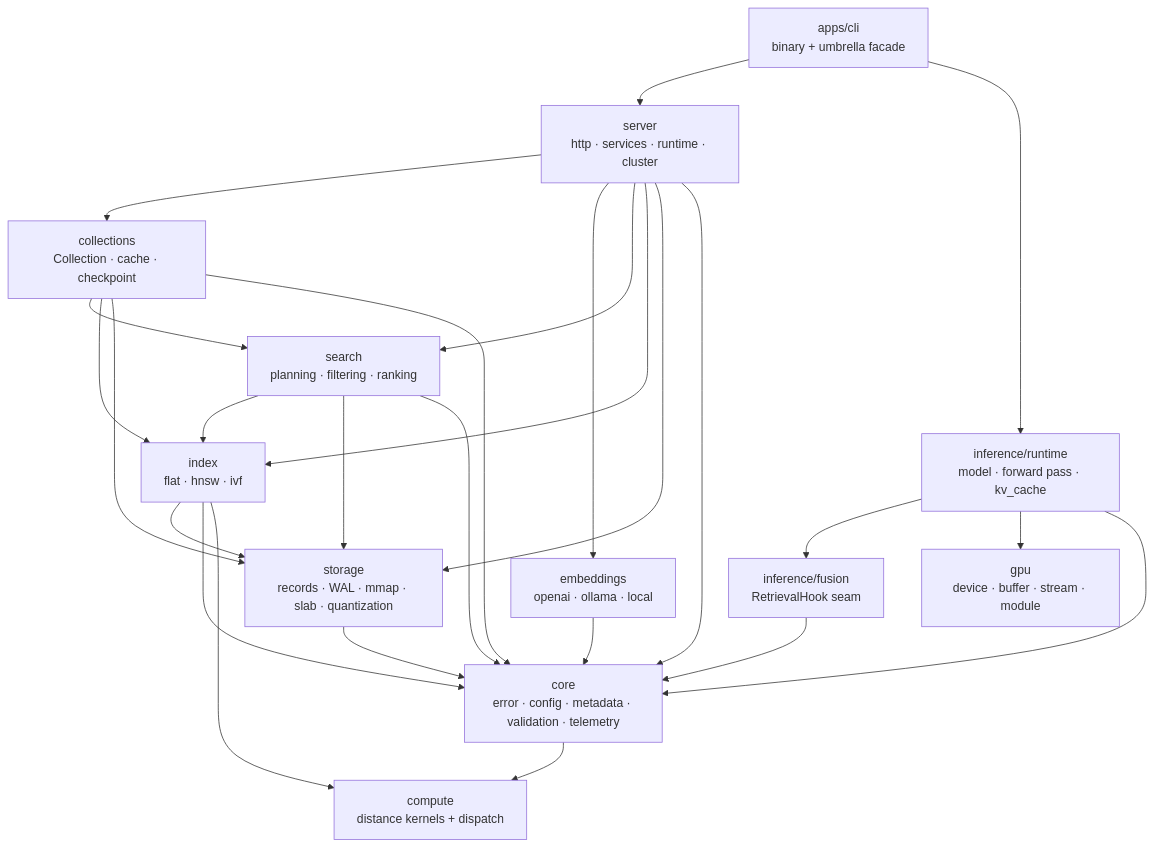
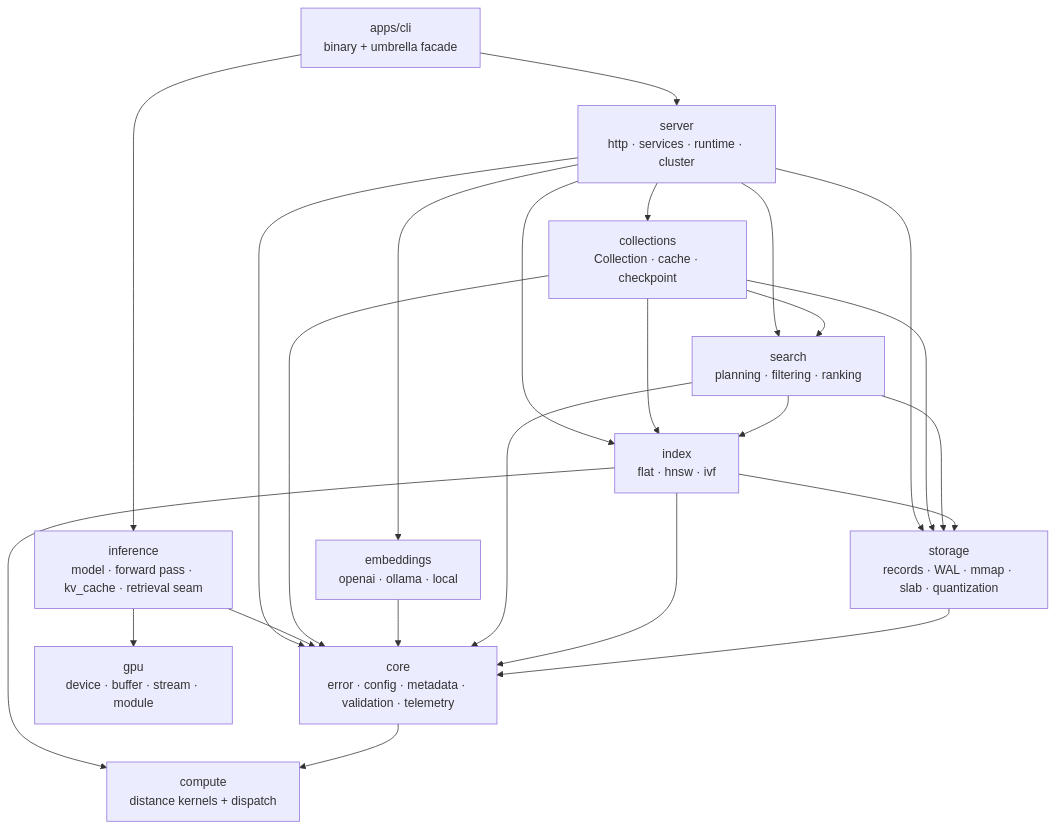
Before and after one commit to ashworks1706/Piramid: the first of 3 diagrams in docs/ARCHITECTURE.md, drawn with Mermaid. The commit also changed other lines of this file and 22 other files, not shown here.

First line of the commit message:
Fold the retrieval hook back into inference as a module

````diff
--- a/docs/ARCHITECTURE.md
+++ b/docs/ARCHITECTURE.md
@@ -68,41 +66,38 @@
 ```mermaid
 flowchart TD
     CLI[apps/cli<br/>binary + umbrella facade]
     Server[server<br/>http · services · runtime · cluster]
-    Fusion[inference/fusion<br/>RetrievalHook seam]
-    Inference[inference/runtime<br/>model · forward pass · kv_cache]
+    Inference[inference<br/>model · forward pass · kv_cache · retrieval seam]
     Collections[collections<br/>Collection · cache · checkpoint]
     Embeddings[embeddings<br/>openai · ollama · local]
     Search[search<br/>planning · filtering · ranking]
     Index[index<br/>flat · hnsw · ivf]
     Storage[storage<br/>records · WAL · mmap · slab · quantization]
     Core[core<br/>error · config · metadata · validation · telemetry]
     Compute[compute<br/>distance kernels + dispatch]
     Gpu[gpu<br/>device · buffer · stream · module]
 
     CLI --> Server
     CLI --> Inference
     Server --> Collections
     Server --> Embeddings
     Server --> Search
     Server --> Index
     Server --> Storage
     Server --> Core
-    Inference --> Fusion
     Inference --> Gpu
     Inference --> Core
-    Fusion --> Core
     Collections --> Search
     Collections --> Index
     Collections --> Storage
     Collections --> Core
     Embeddings --> Core
     Search --> Index
     Search --> Storage
     Search --> Core
     Index --> Storage
     Index --> Core
     Index --> Compute
     Storage --> Core
     Core --> Compute
 ```
````
